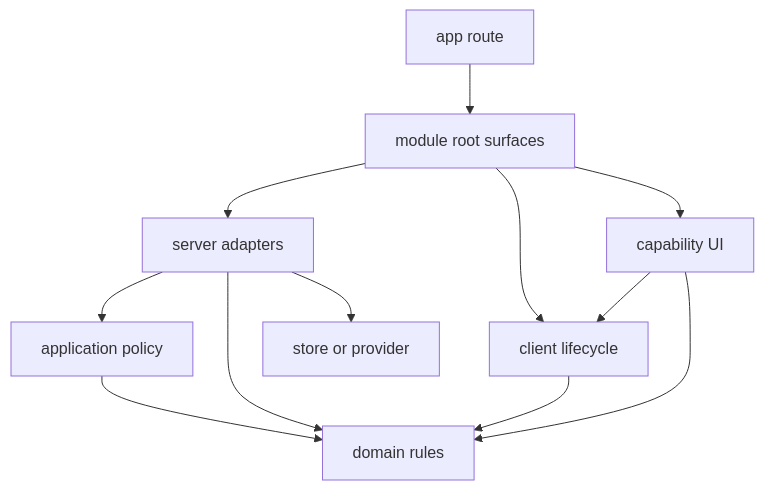
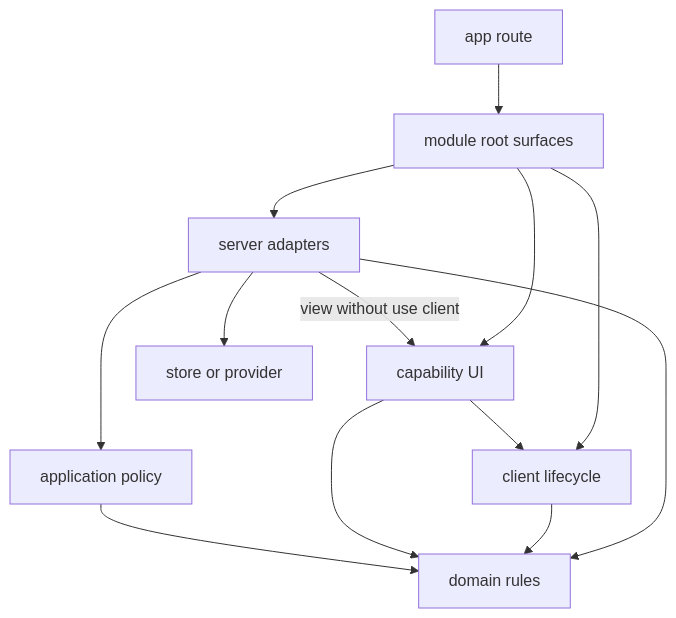
Before and after one commit to clicktronix/nextjs-clean-skills: the second of 4 diagrams in docs/architecture-contract.md, drawn with Mermaid. The commit also changed other lines of this file and 61 other files, not shown here.

````diff
--- a/docs/architecture-contract.md
+++ b/docs/architecture-contract.md
@@ -231,25 +238,26 @@
 ```mermaid
 flowchart TB
   accTitle: Capability dependency direction
-  accDescr: Framework entrypoints consume public capability surfaces; private server and client adapters depend inward on application and domain policy.
+  accDescr: Framework entrypoints consume public capability surfaces; private server and client adapters depend inward on application and domain policy, and server code may render a view.
   App["app route"]
   Public["module root surfaces"]
   Server["server adapters"]
   Client["client lifecycle"]
   UI["capability UI"]
   Application["application policy"]
   Domain["domain rules"]
   External["store or provider"]
 
   App --> Public
   Public --> Server
   Public --> Client
   Public --> UI
   Server --> Application
   Server --> Domain
+  Server -->|"view without use client"| UI
   Server --> External
   Client --> Domain
   UI --> Client
   UI --> Domain
   Application --> Domain
 ```
````
